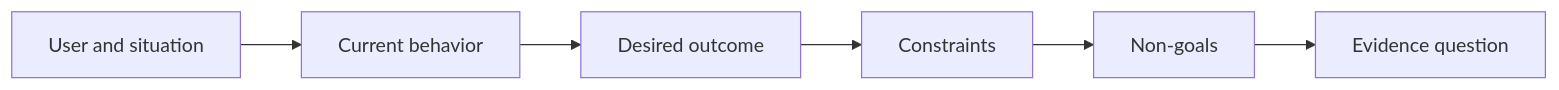
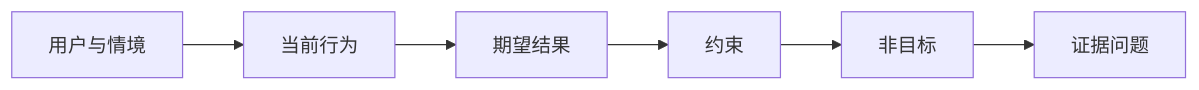
Before and after one commit to fancyboi999/ai-engineering-from-scratch-zh: the diagram in phases/14-agent-engineering/47-outcomes-before-output/docs/zh.md, drawn with Mermaid. The commit also changed 35 other files, not shown here.

````diff
--- a/phases/14-agent-engineering/47-outcomes-before-output/docs/zh.md
+++ b/phases/14-agent-engineering/47-outcomes-before-output/docs/zh.md
@@ -38,8 +38,8 @@
 ```mermaid
 flowchart LR
-  U[User and situation] --> C[Current behavior]
-  C --> O[Desired outcome]
-  O --> K[Constraints]
-  K --> N[Non-goals]
-  N --> E[Evidence question]
+  U[用户与情境] --> C[当前行为]
+  C --> O[期望结果]
+  O --> K[约束]
+  K --> N[非目标]
+  N --> E[证据问题]
 ```
````
